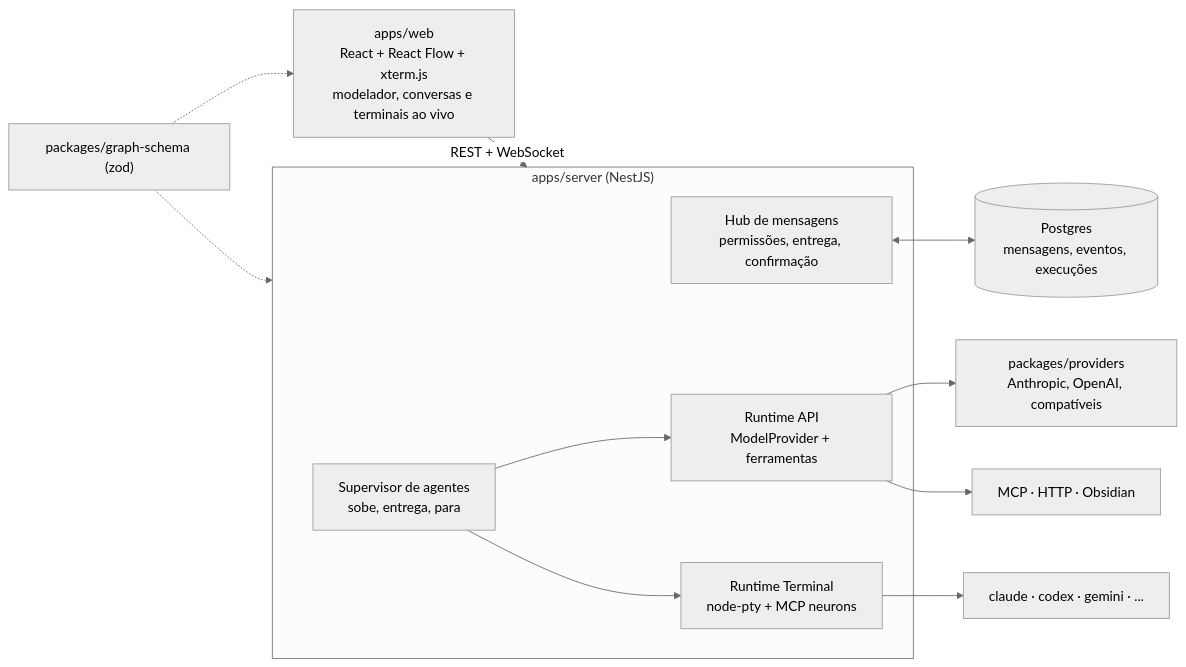
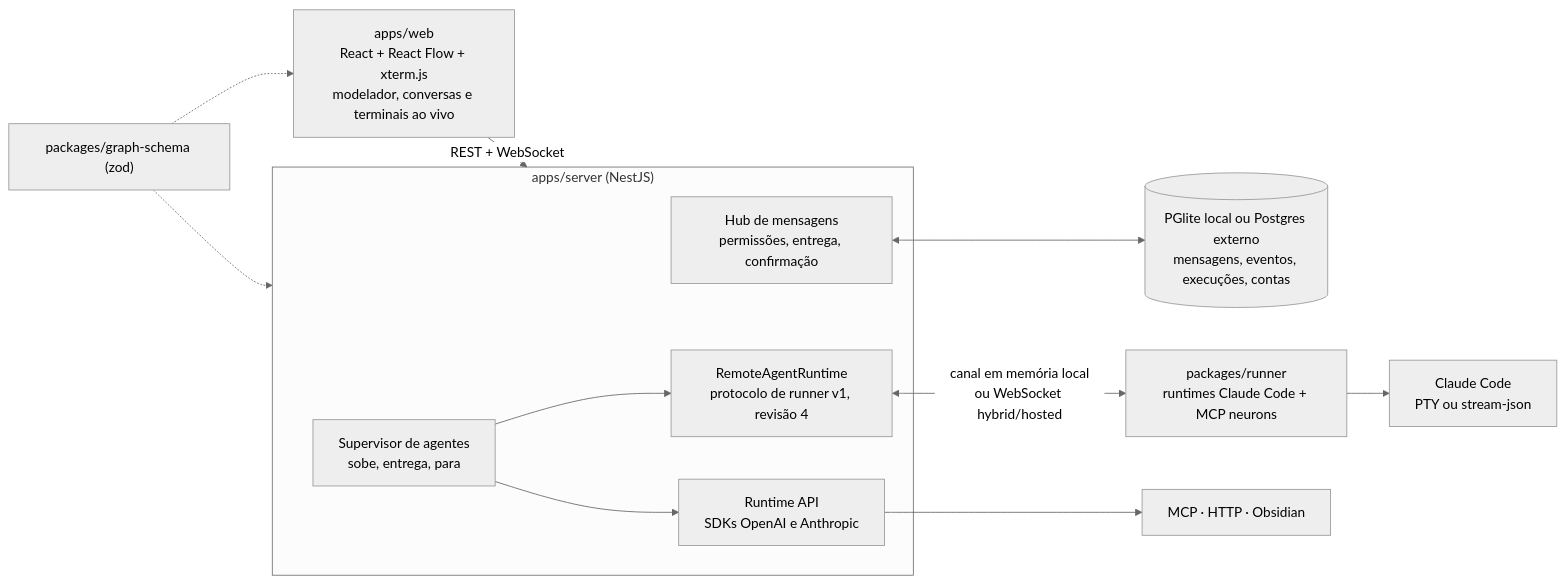
One commit to rafaeldossanto/NeuronsAI changed the second of 2 diagrams in Docs/NeuronsAI.md. Above: the diagram before and after it, drawn with Mermaid (neutral theme). The commit also changed other lines of this file and 305 other files, not shown here.

First line of the commit message:
Trabalho do Codex (06–07/11) ainda não revisado: segurança, entrega local e reorganização

````diff
--- a/Docs/NeuronsAI.md
+++ b/Docs/NeuronsAI.md
@@ -92,18 +105,18 @@
 ```mermaid
 flowchart LR
     WEB["apps/web<br/>React + React Flow + xterm.js<br/>modelador, conversas e terminais ao vivo"] -- REST + WebSocket --> SRV
     subgraph SRV["apps/server (NestJS)"]
       HUB["Hub de mensagens<br/>permissões, entrega, confirmação"]
       SUP["Supervisor de agentes<br/>sobe, entrega, para"]
-      APIRT["Runtime API<br/>ModelProvider + ferramentas"]
-      TRT["Runtime Terminal<br/>node-pty + MCP neurons"]
+      APIRT["Runtime API<br/>SDKs OpenAI e Anthropic"]
+      REMOTE["RemoteAgentRuntime<br/>protocolo de runner v1, revisão 4"]
     end
-    HUB <--> DB[("Postgres<br/>mensagens, eventos, execuções")]
+    HUB <--> DB[("PGlite local ou Postgres externo<br/>mensagens, eventos, execuções, contas")]
     SUP --> APIRT
-    SUP --> TRT
-    APIRT --> PROV["packages/providers<br/>Anthropic, OpenAI, compatíveis"]
-    TRT --> CLI["claude · codex · gemini · ..."]
+    SUP --> REMOTE
+    REMOTE <-->|"canal em memória local<br/>ou WebSocket hybrid/hosted"| RUNNER["packages/runner<br/>runtimes Claude Code + MCP neurons"]
+    RUNNER --> CLI["Claude Code<br/>PTY ou stream-json"]
     APIRT --> TOOLS["MCP · HTTP · Obsidian"]
     SCHEMA["packages/graph-schema (zod)"] -.-> WEB
     SCHEMA -.-> SRV
 ```
````
